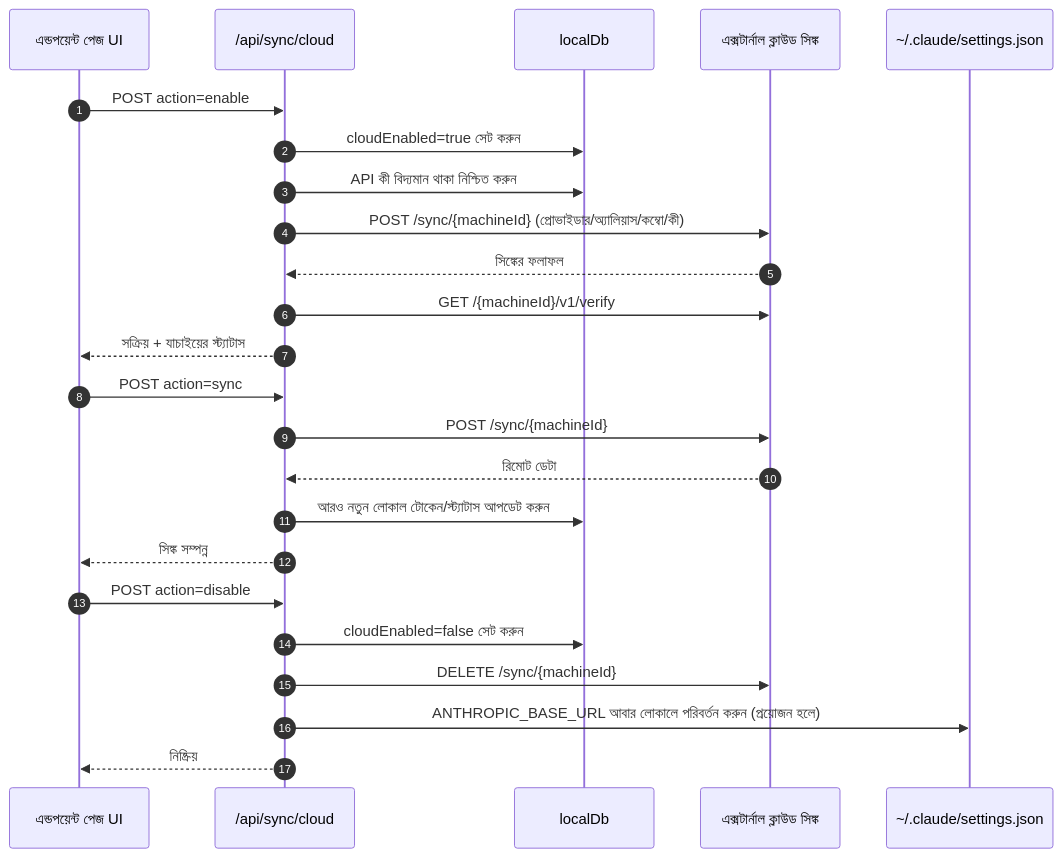
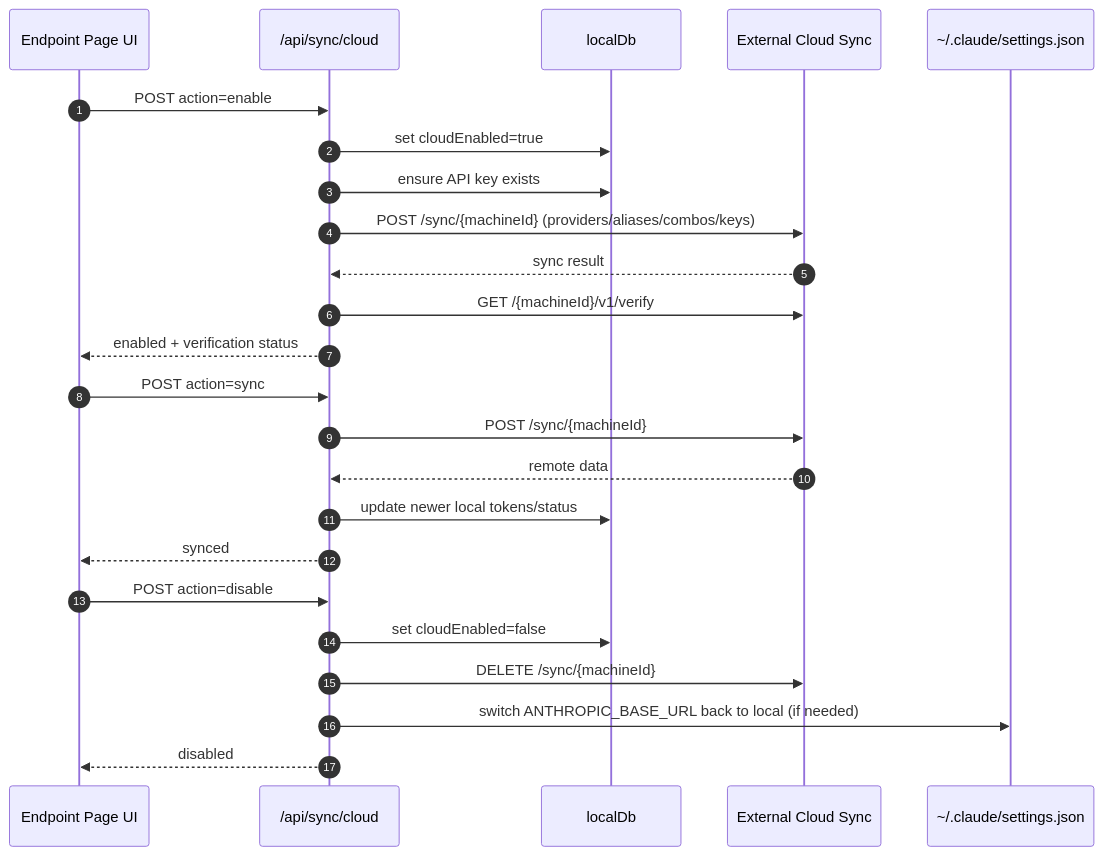
One commit to niyatna/NiyatnaRoute changed the fifth of 7 diagrams in docs/i18n/bn/docs/architecture/ARCHITECTURE.md. Above: the diagram before and after it, drawn with Mermaid. The commit also changed other lines of this file and 2447 other files, not shown here.

````diff
--- a/docs/i18n/bn/docs/architecture/ARCHITECTURE.md
+++ b/docs/i18n/bn/docs/architecture/ARCHITECTURE.md
@@ -661,29 +441,29 @@
 ```mermaid
 sequenceDiagram
     autonumber
-    participant UI as এন্ডপয়েন্ট পেজ UI
+    participant UI as Endpoint Page UI
     participant Sync as /api/sync/cloud
     participant DB as localDb
-    participant Cloud as এক্সটার্নাল ক্লাউড সিঙ্ক
+    participant Cloud as External Cloud Sync
     participant Claude as ~/.claude/settings.json
 
     UI->>Sync: POST action=enable
-    Sync->>DB: cloudEnabled=true সেট করুন
-    Sync->>DB: API কী বিদ্যমান থাকা নিশ্চিত করুন
-    Sync->>Cloud: POST /sync/{machineId} (প্রোভাইডার/অ্যালিয়াস/কম্বো/কী)
-    Cloud-->>Sync: সিঙ্কের ফলাফল
+    Sync->>DB: set cloudEnabled=true
+    Sync->>DB: ensure API key exists
+    Sync->>Cloud: POST /sync/{machineId} (providers/aliases/combos/keys)
+    Cloud-->>Sync: sync result
     Sync->>Cloud: GET /{machineId}/v1/verify
-    Sync-->>UI: সক্রিয় + যাচাইয়ের স্ট্যাটাস
+    Sync-->>UI: enabled + verification status
 
     UI->>Sync: POST action=sync
     Sync->>Cloud: POST /sync/{machineId}
-    Cloud-->>Sync: রিমোট ডেটা
-    Sync->>DB: আরও নতুন লোকাল টোকেন/স্ট্যাটাস আপডেট করুন
-    Sync-->>UI: সিঙ্ক সম্পন্ন
+    Cloud-->>Sync: remote data
+    Sync->>DB: update newer local tokens/status
+    Sync-->>UI: synced
 
     UI->>Sync: POST action=disable
-    Sync->>DB: cloudEnabled=false সেট করুন
+    Sync->>DB: set cloudEnabled=false
     Sync->>Cloud: DELETE /sync/{machineId}
-    Sync->>Claude: ANTHROPIC_BASE_URL আবার লোকালে পরিবর্তন করুন (প্রয়োজন হলে)
-    Sync-->>UI: নিষ্ক্রিয়
+    Sync->>Claude: switch ANTHROPIC_BASE_URL back to local (if needed)
+    Sync-->>UI: disabled
 ```
````
